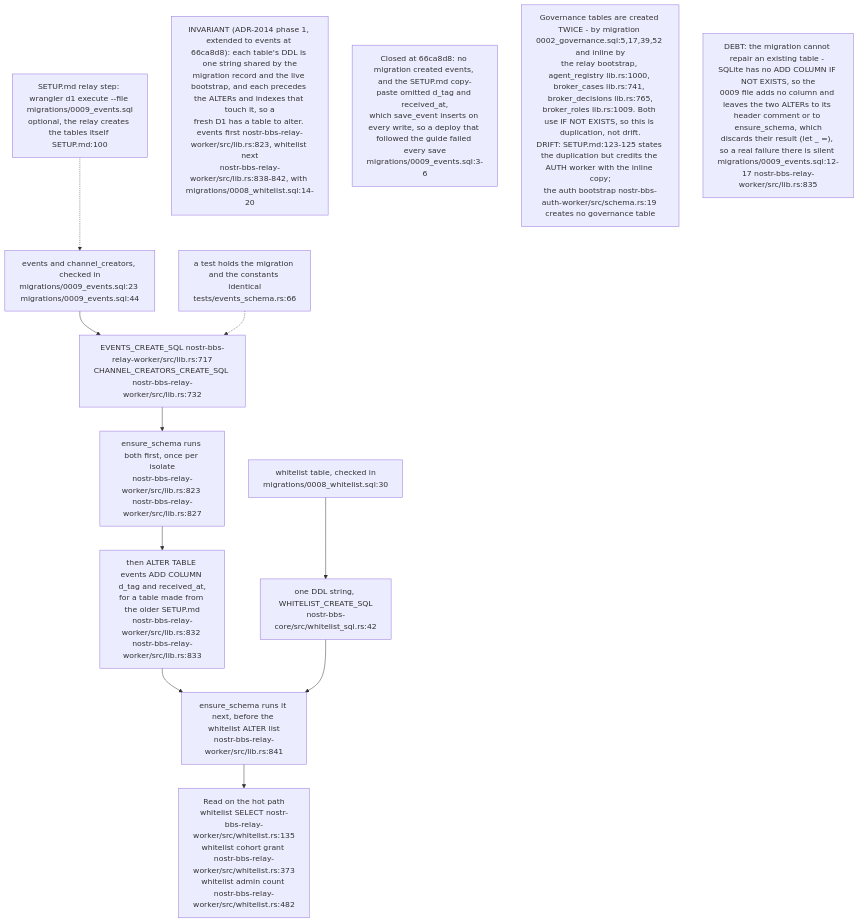
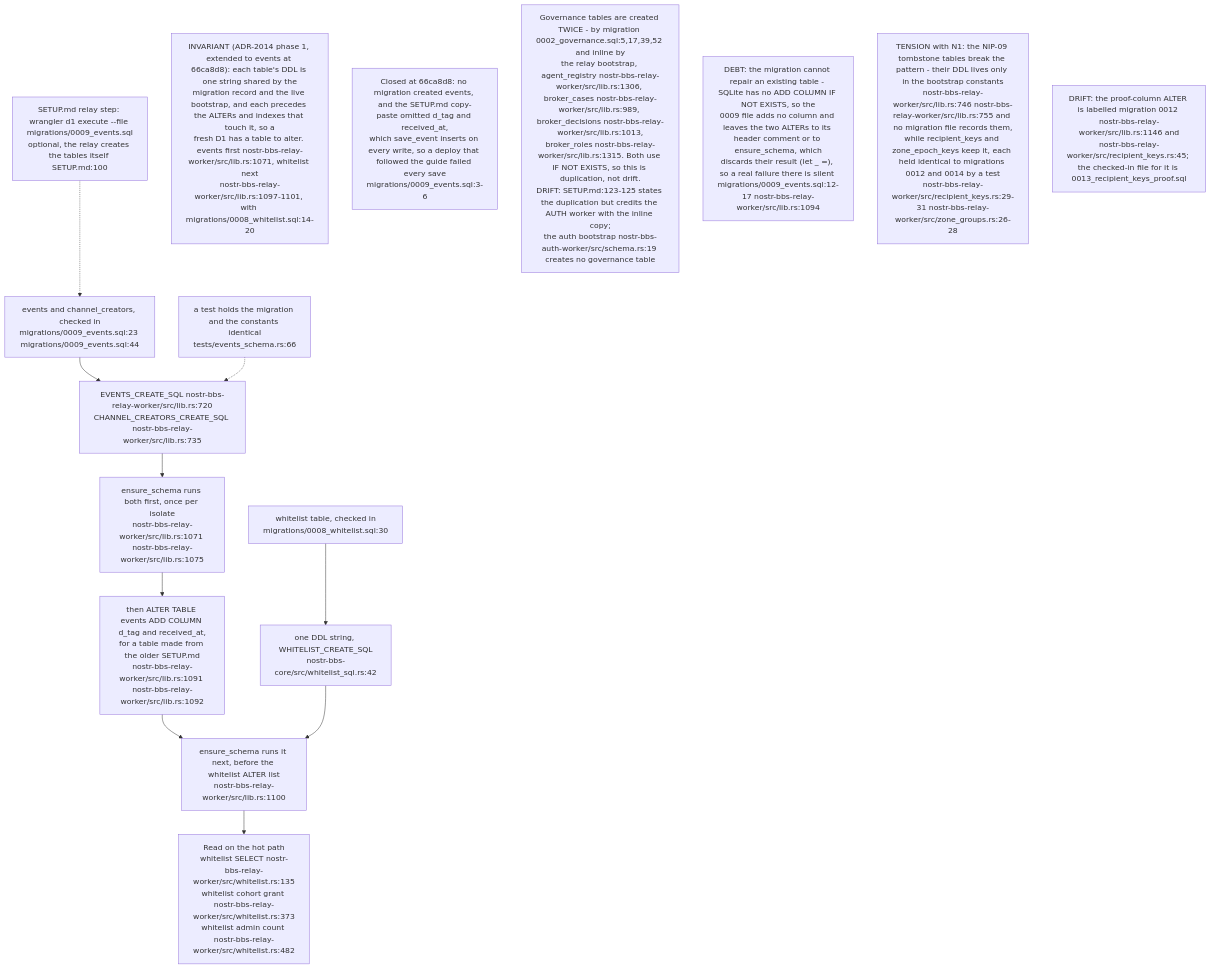
One commit to DreamLab-AI/VisionFlow changed the sixth of 11 diagrams in docs/diagrams/nostr-rust-forum/08-config-zones-stores-and-admin-authority.md. Above: the diagram before and after it, drawn with Mermaid. The commit also changed other lines of this file and 1 other file, not shown here.

First line of the commit message:
docs(diagrams): NF-08 and NF-25 re-verified at nostr-rust-forum af4f0d5

````diff
--- a/docs/diagrams/nostr-rust-forum/08-config-zones-stores-and-admin-authority.md
+++ b/docs/diagrams/nostr-rust-forum/08-config-zones-stores-and-admin-authority.md
@@ -201,26 +211,28 @@
 ```mermaid
 flowchart TB
     SETUP["SETUP.md relay step: wrangler d1 execute --file migrations/0009_events.sql<br/>optional, the relay creates the tables itself SETUP.md:100"]
     MIGE["events and channel_creators, checked in<br/>migrations/0009_events.sql:23 migrations/0009_events.sql:44"]
-    CONSTE["EVENTS_CREATE_SQL nostr-bbs-relay-worker/src/lib.rs:717<br/>CHANNEL_CREATORS_CREATE_SQL nostr-bbs-relay-worker/src/lib.rs:732"]
+    CONSTE["EVENTS_CREATE_SQL nostr-bbs-relay-worker/src/lib.rs:720<br/>CHANNEL_CREATORS_CREATE_SQL nostr-bbs-relay-worker/src/lib.rs:735"]
     TEST["a test holds the migration and the constants identical<br/>tests/events_schema.rs:66"]
-    ENSE["ensure_schema runs both first, once per isolate<br/>nostr-bbs-relay-worker/src/lib.rs:823 nostr-bbs-relay-worker/src/lib.rs:827"]
-    ALT["then ALTER TABLE events ADD COLUMN d_tag and received_at,<br/>for a table made from the older SETUP.md<br/>nostr-bbs-relay-worker/src/lib.rs:832 nostr-bbs-relay-worker/src/lib.rs:833"]
+    ENSE["ensure_schema runs both first, once per isolate<br/>nostr-bbs-relay-worker/src/lib.rs:1071 nostr-bbs-relay-worker/src/lib.rs:1075"]
+    ALT["then ALTER TABLE events ADD COLUMN d_tag and received_at,<br/>for a table made from the older SETUP.md<br/>nostr-bbs-relay-worker/src/lib.rs:1091 nostr-bbs-relay-worker/src/lib.rs:1092"]
     MIG["whitelist table, checked in<br/>migrations/0008_whitelist.sql:30"]
     CORE["one DDL string, WHITELIST_CREATE_SQL<br/>nostr-bbs-core/src/whitelist_sql.rs:42"]
-    ENS["ensure_schema runs it next, before the whitelist ALTER list<br/>nostr-bbs-relay-worker/src/lib.rs:841"]
+    ENS["ensure_schema runs it next, before the whitelist ALTER list<br/>nostr-bbs-relay-worker/src/lib.rs:1100"]
     READERS["Read on the hot path<br/>whitelist SELECT nostr-bbs-relay-worker/src/whitelist.rs:135<br/>whitelist cohort grant nostr-bbs-relay-worker/src/whitelist.rs:373<br/>whitelist admin count nostr-bbs-relay-worker/src/whitelist.rs:482"]
 
     SETUP -.-> MIGE
     MIGE --> CONSTE
     TEST -.-> CONSTE
     CONSTE --> ENSE --> ALT --> ENS
     MIG --> CORE
     CORE --> ENS
     ENS --> READERS
 
-    N1["INVARIANT (ADR-2014 phase 1, extended to events at 66ca8d8): each table's DDL is one string shared by the<br/>migration record and the live bootstrap, and each precedes the ALTERs and indexes that touch it, so a<br/>fresh D1 has a table to alter. events first nostr-bbs-relay-worker/src/lib.rs:823, whitelist next<br/>nostr-bbs-relay-worker/src/lib.rs:838-842, with migrations/0008_whitelist.sql:14-20"]
+    N1["INVARIANT (ADR-2014 phase 1, extended to events at 66ca8d8): each table's DDL is one string shared by the<br/>migration record and the live bootstrap, and each precedes the ALTERs and indexes that touch it, so a<br/>fresh D1 has a table to alter. events first nostr-bbs-relay-worker/src/lib.rs:1071, whitelist next<br/>nostr-bbs-relay-worker/src/lib.rs:1097-1101, with migrations/0008_whitelist.sql:14-20"]
     N2["Closed at 66ca8d8: no migration created events, and the SETUP.md copy-paste omitted d_tag and received_at,<br/>which save_event inserts on every write, so a deploy that followed the guide failed every save<br/>migrations/0009_events.sql:3-6"]
-    N3["Governance tables are created TWICE - by migration 0002_governance.sql:5,17,39,52 and inline by<br/>the relay bootstrap, agent_registry lib.rs:1000, broker_cases lib.rs:741, broker_decisions lib.rs:765,<br/>broker_roles lib.rs:1009. Both use IF NOT EXISTS, so this is duplication, not drift.<br/>DRIFT: SETUP.md:123-125 states the duplication but credits the AUTH worker with the inline copy;<br/>the auth bootstrap nostr-bbs-auth-worker/src/schema.rs:19 creates no governance table"]
-    N4["DEBT: the migration cannot repair an existing table - SQLite has no ADD COLUMN IF NOT EXISTS, so the<br/>0009 file adds no column and leaves the two ALTERs to its header comment or to ensure_schema, which<br/>discards their result (let _ =), so a real failure there is silent migrations/0009_events.sql:12-17 nostr-bbs-relay-worker/src/lib.rs:835"]
+    N3["Governance tables are created TWICE - by migration 0002_governance.sql:5,17,39,52 and inline by<br/>the relay bootstrap, agent_registry nostr-bbs-relay-worker/src/lib.rs:1306, broker_cases nostr-bbs-relay-worker/src/lib.rs:989, broker_decisions nostr-bbs-relay-worker/src/lib.rs:1013,<br/>broker_roles nostr-bbs-relay-worker/src/lib.rs:1315. Both use IF NOT EXISTS, so this is duplication, not drift.<br/>DRIFT: SETUP.md:123-125 states the duplication but credits the AUTH worker with the inline copy;<br/>the auth bootstrap nostr-bbs-auth-worker/src/schema.rs:19 creates no governance table"]
+    N4["DEBT: the migration cannot repair an existing table - SQLite has no ADD COLUMN IF NOT EXISTS, so the<br/>0009 file adds no column and leaves the two ALTERs to its header comment or to ensure_schema, which<br/>discards their result (let _ =), so a real failure there is silent migrations/0009_events.sql:12-17 nostr-bbs-relay-worker/src/lib.rs:1094"]
+    N5["TENSION with N1: the NIP-09 tombstone tables break the pattern - their DDL lives only in the bootstrap constants<br/>nostr-bbs-relay-worker/src/lib.rs:746 nostr-bbs-relay-worker/src/lib.rs:755 and no migration file records them,<br/>while recipient_keys and zone_epoch_keys keep it, each held identical to migrations 0012 and 0014 by a test<br/>nostr-bbs-relay-worker/src/recipient_keys.rs:29-31 nostr-bbs-relay-worker/src/zone_groups.rs:26-28"]
+    N6["DRIFT: the proof-column ALTER is labelled migration 0012 nostr-bbs-relay-worker/src/lib.rs:1146 and<br/>nostr-bbs-relay-worker/src/recipient_keys.rs:45; the checked-in file for it is 0013_recipient_keys_proof.sql"]
 ```
````
